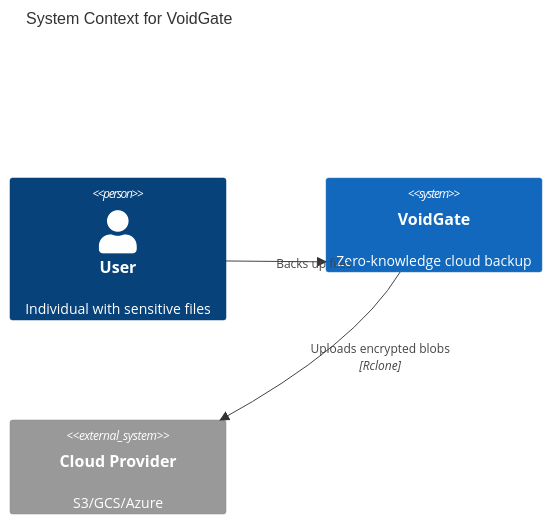
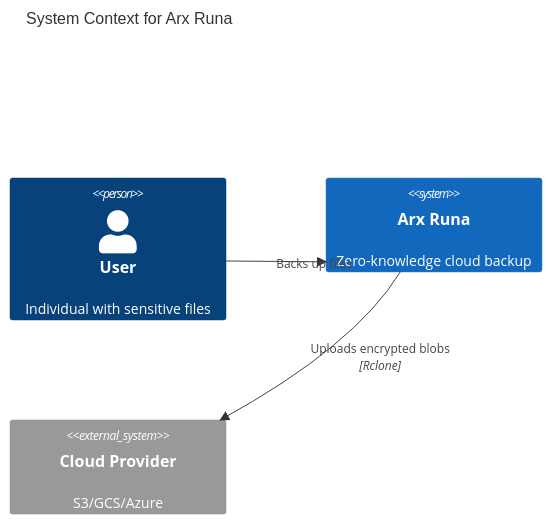
One commit to salgaard/arx-runa changed the ninth of 9 diagrams in .claude/reference/mermaid.md. Above: the diagram before and after it, drawn with Mermaid. The commit also changed other lines of this file and 88 other files, not shown here.

````diff
--- a/.claude/reference/mermaid.md
+++ b/.claude/reference/mermaid.md
@@ -397,11 +397,11 @@
 ```mermaid
 C4Context
-    title System Context for VoidGate
+    title System Context for Arx Runa
 
     Person(user, "User", "Individual with sensitive files")
-    System(voidgate, "VoidGate", "Zero-knowledge cloud backup")
+    System(voidgate, "Arx Runa", "Zero-knowledge cloud backup")
     System_Ext(cloud, "Cloud Provider", "S3/GCS/Azure")
 
     Rel(user, voidgate, "Backs up files")
     Rel(voidgate, cloud, "Uploads encrypted blobs", "Rclone")
 ```
````
